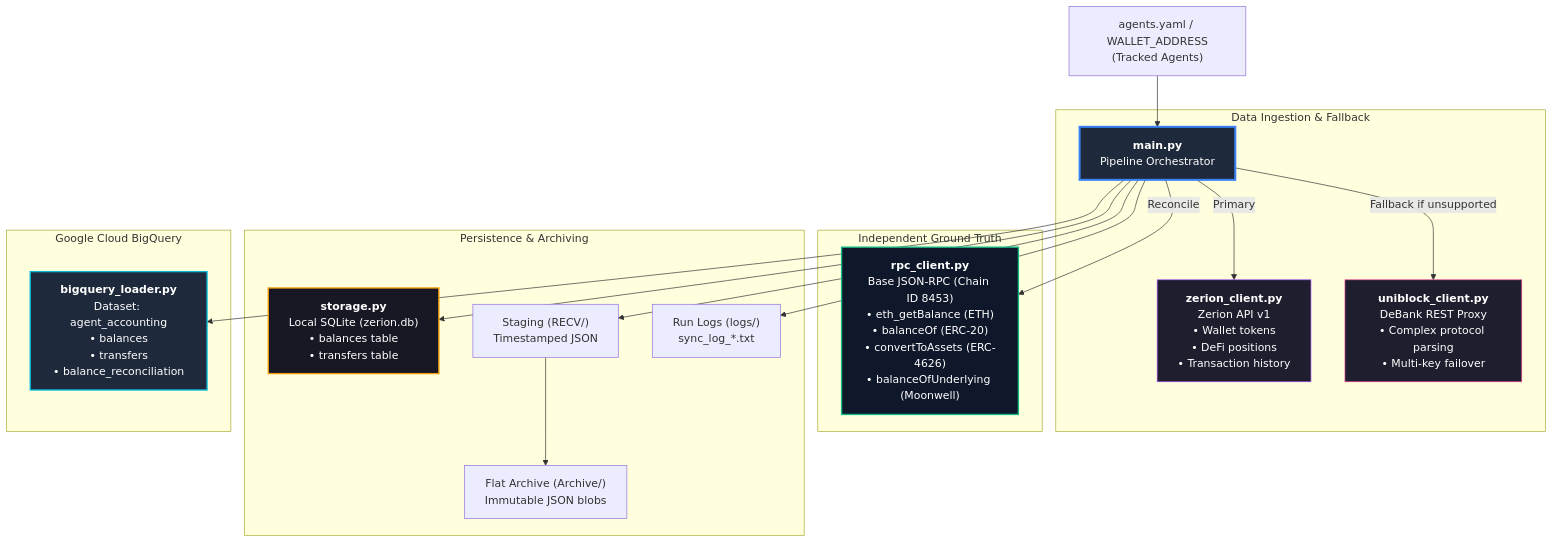
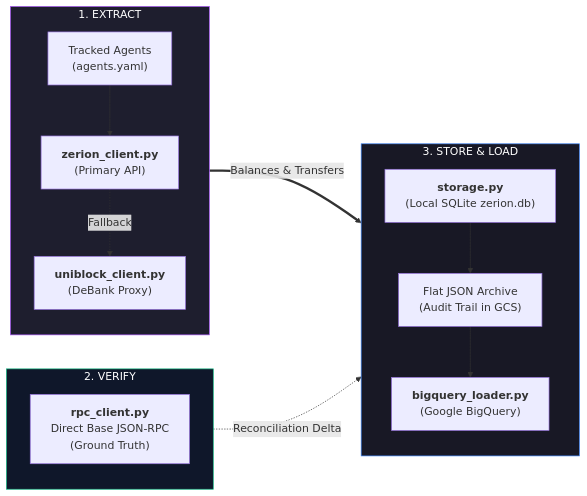
The diagram in docs/core_pipeline_and_storage.md (abdelhaqs/agent-accounting), drawn with Mermaid before and after one commit. The commit also changed other lines of this file and 9 other files, not shown here.

Commit message:
Simplify architecture overview and create dedicated docs for each ETL script

````diff
--- a/docs/core_pipeline_and_storage.md
+++ b/docs/core_pipeline_and_storage.md
@@ -13,32 +12,28 @@
 ```mermaid
-flowchart TD
-    Config["agents.yaml / WALLET_ADDRESS<br/>(Tracked Agents)"] --> Main["<b>main.py</b><br/>Pipeline Orchestrator"]
-    
-    subgraph DataIngestion["Data Ingestion & Fallback"]
-        Main -->|Primary| Zerion["<b>zerion_client.py</b><br/>Zerion API v1<br/>• Wallet tokens<br/>• DeFi positions<br/>• Transaction history"]
-        Main -->|Fallback if unsupported| Uniblock["<b>uniblock_client.py</b><br/>DeBank REST Proxy<br/>• Complex protocol parsing<br/>• Multi-key failover"]
+flowchart LR
+    subgraph S1["1. EXTRACT"]
+        direction TB
+        A["Tracked Agents<br/>(agents.yaml)"] --> B["<b>zerion_client.py</b><br/>(Primary API)"]
+        B -.->|Fallback| C["<b>uniblock_client.py</b><br/>(DeBank Proxy)"]
     end
 
-    subgraph Verification["Independent Ground Truth"]
-        Main -->|Reconcile| RPC["<b>rpc_client.py</b><br/>Base JSON-RPC (Chain ID 8453)<br/>• eth_getBalance (ETH)<br/>• balanceOf (ERC-20)<br/>• convertToAssets (ERC-4626)<br/>• balanceOfUnderlying (Moonwell)"]
+    subgraph S2["2. VERIFY"]
+        direction TB
+        D["<b>rpc_client.py</b><br/>Direct Base JSON-RPC<br/>(Ground Truth)"]
     end
 
-    subgraph StorageLayer["Persistence & Archiving"]
-        Main --> SQLite["<b>storage.py</b><br/>Local SQLite (zerion.db)<br/>• balances table<br/>• transfers table"]
-        Main --> Staging["Staging (RECV/)<br/>Timestamped JSON"]
-        Staging --> Archive["Flat Archive (Archive/)<br/>Immutable JSON blobs"]
-        Main --> Logs["Run Logs (logs/)<br/>sync_log_*.txt"]
+    subgraph S3["3. STORE & LOAD"]
+        direction TB
+        E["<b>storage.py</b><br/>(Local SQLite zerion.db)"]
+        F["Flat JSON Archive<br/>(Audit Trail in GCS)"]
+        G["<b>bigquery_loader.py</b><br/>(Google BigQuery)"]
+        E --> F --> G
     end
 
-    subgraph DataWarehouse["Google Cloud BigQuery"]
-        Main --> BQ["<b>bigquery_loader.py</b><br/>Dataset: agent_accounting<br/>• balances<br/>• transfers<br/>• balance_reconciliation"]
-    end
+    S1 ==>|Balances & Transfers| S3
+    S2 -.->|Reconciliation Delta| S3
 
-    %% Styling
-    style Main fill:#1e293b,stroke:#3b82f6,stroke-width:3px,color:#fff
-    style RPC fill:#0f172a,stroke:#10b981,stroke-width:2px,color:#fff
-    style Zerion fill:#1e1e2e,stroke:#a855f7,stroke-width:1px,color:#fff
-    style Uniblock fill:#1e1e2e,stroke:#ec4899,stroke-width:1px,color:#fff
-    style SQLite fill:#181825,stroke:#f59e0b,stroke-width:2px,color:#fff
-    style BQ fill:#1e293b,stroke:#06b6d4,stroke-width:2px,color:#fff
+    style S1 fill:#1e1e2e,stroke:#a855f7,stroke-width:1px,color:#fff
+    style S2 fill:#0f172a,stroke:#10b981,stroke-width:1px,color:#fff
+    style S3 fill:#181825,stroke:#3b82f6,stroke-width:1px,color:#fff
 ```
````
